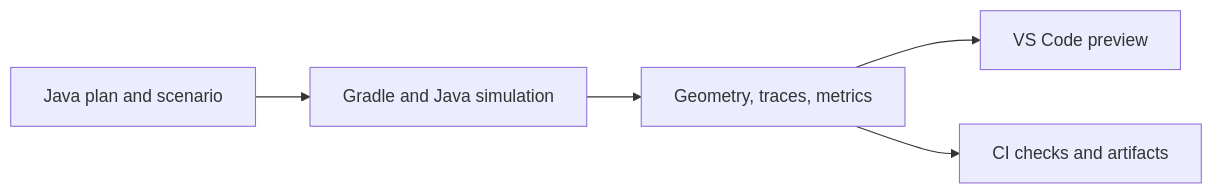
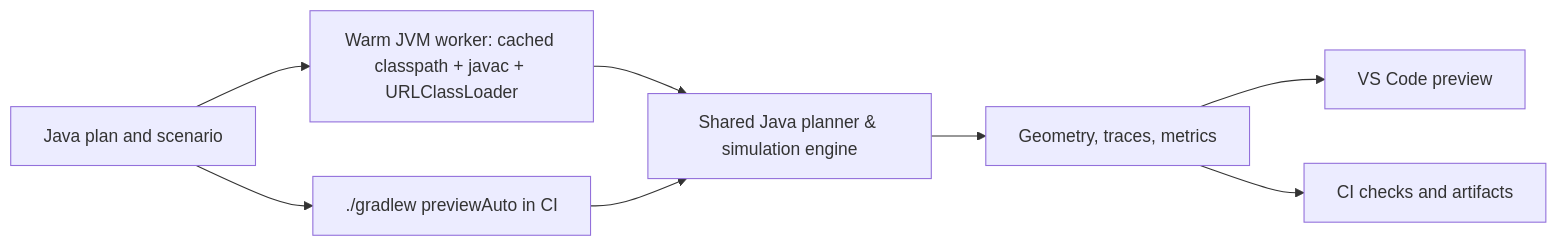
One commit to team581/offseason-2026 changed the diagram in shared/src/main/java/com/team581/trailblazer2/planning/05-developer-tooling.md. Above: the diagram before and after it, drawn with Mermaid. The commit also changed other lines of this file and 8 other files, not shown here.

````diff
--- a/shared/src/main/java/com/team581/trailblazer2/planning/05-developer-tooling.md
+++ b/shared/src/main/java/com/team581/trailblazer2/planning/05-developer-tooling.md
@@ -115,7 +136,10 @@
 ```mermaid
 flowchart LR
-    Code[Java plan and scenario] --> Runner[Gradle and Java simulation]
-    Runner --> Results[Geometry, traces, metrics]
+    Code[Java plan and scenario] --> Warm[Warm JVM worker: cached classpath + javac + URLClassLoader]
+    Code --> Gradle[./gradlew previewAuto in CI]
+    Warm --> Engine[Shared Java planner & simulation engine]
+    Gradle --> Engine
+    Engine --> Results[Geometry, traces, metrics]
     Results --> Preview[VS Code preview]
     Results --> CI[CI checks and artifacts]
 ```
````
